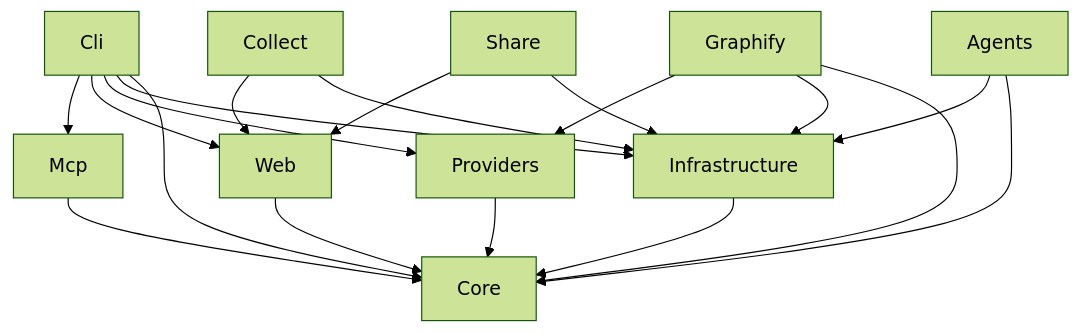
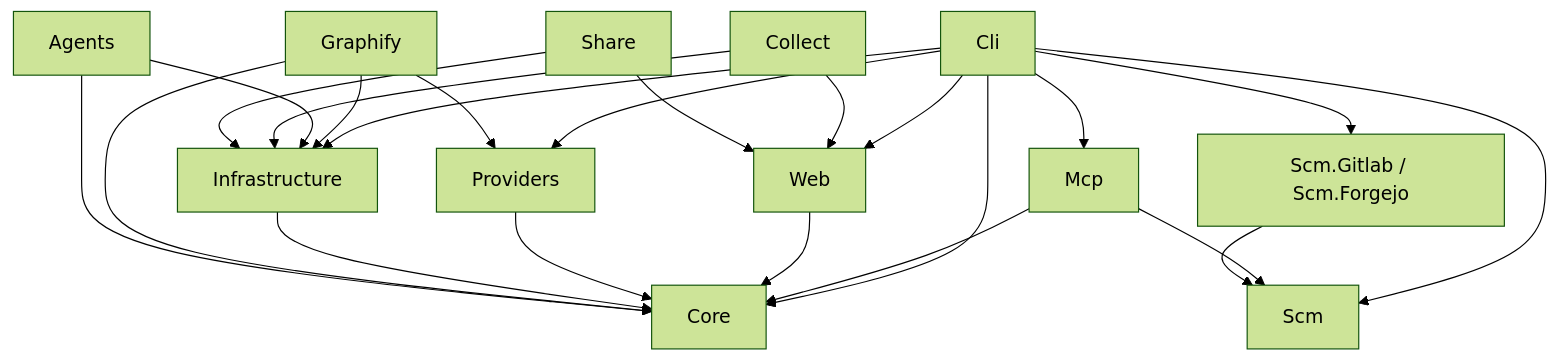
Before and after one commit to dmako/ai-harness: the diagram in doc/architecture/README.md, drawn with Mermaid (forest theme). The commit also changed other lines of this file and 16 other files, not shown here.

````diff
--- a/doc/architecture/README.md
+++ b/doc/architecture/README.md
@@ -24,21 +26,25 @@
 ```mermaid
 flowchart TD
     Cli --> Mcp
     Cli --> Web
     Cli --> Providers
     Cli --> Infrastructure
     Cli --> Core
     Mcp --> Core
     Web --> Core
     Providers --> Core
     Infrastructure --> Core
     Graphify --> Providers
     Graphify --> Infrastructure
     Graphify --> Core
     Agents --> Infrastructure
     Agents --> Core
     Collect --> Web
     Collect --> Infrastructure
     Share --> Web
     Share --> Infrastructure
+    Cli --> Scm
+    Cli --> ScmProviders[Scm.Gitlab / Scm.Forgejo]
+    Mcp --> Scm
+    ScmProviders --> Scm
 ```
````
